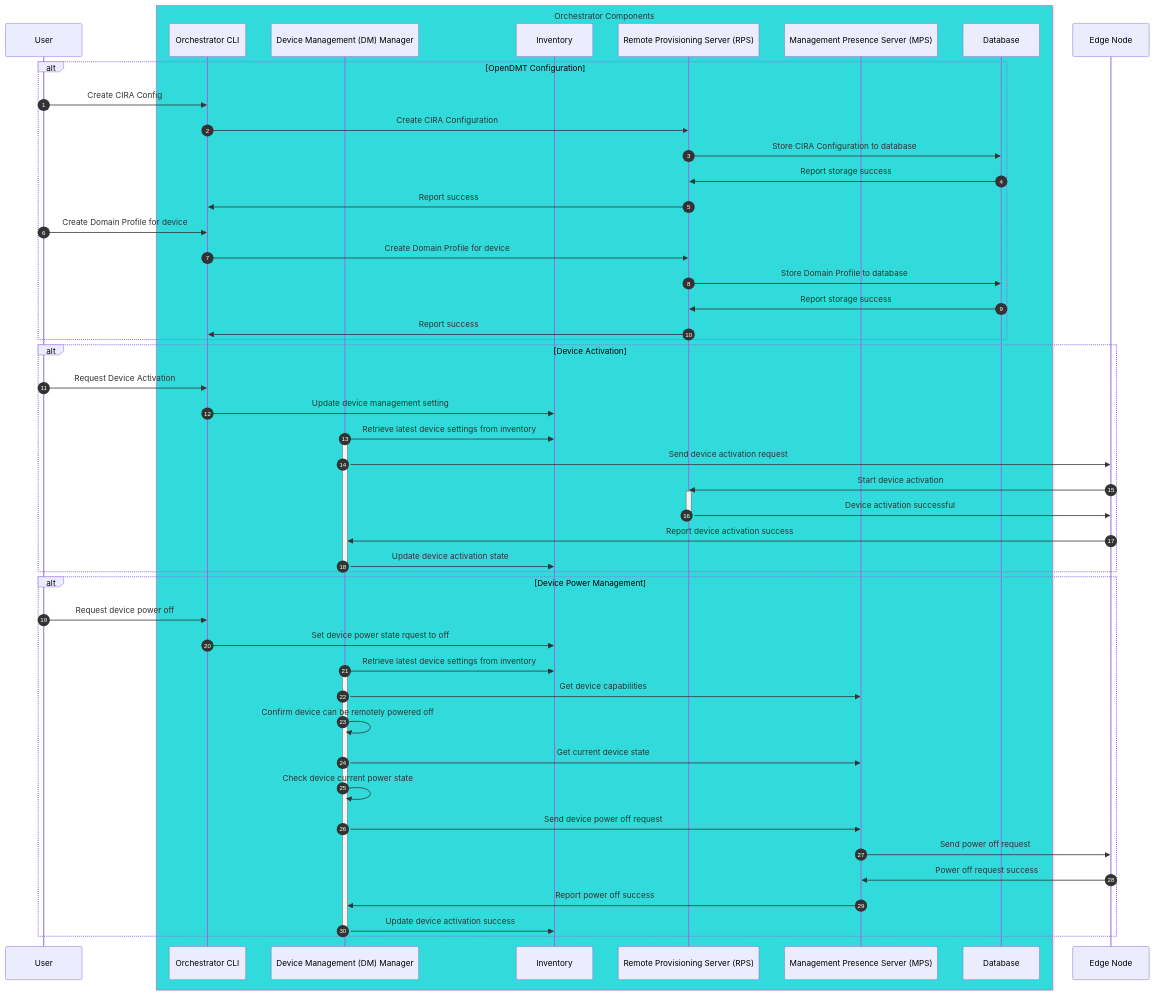
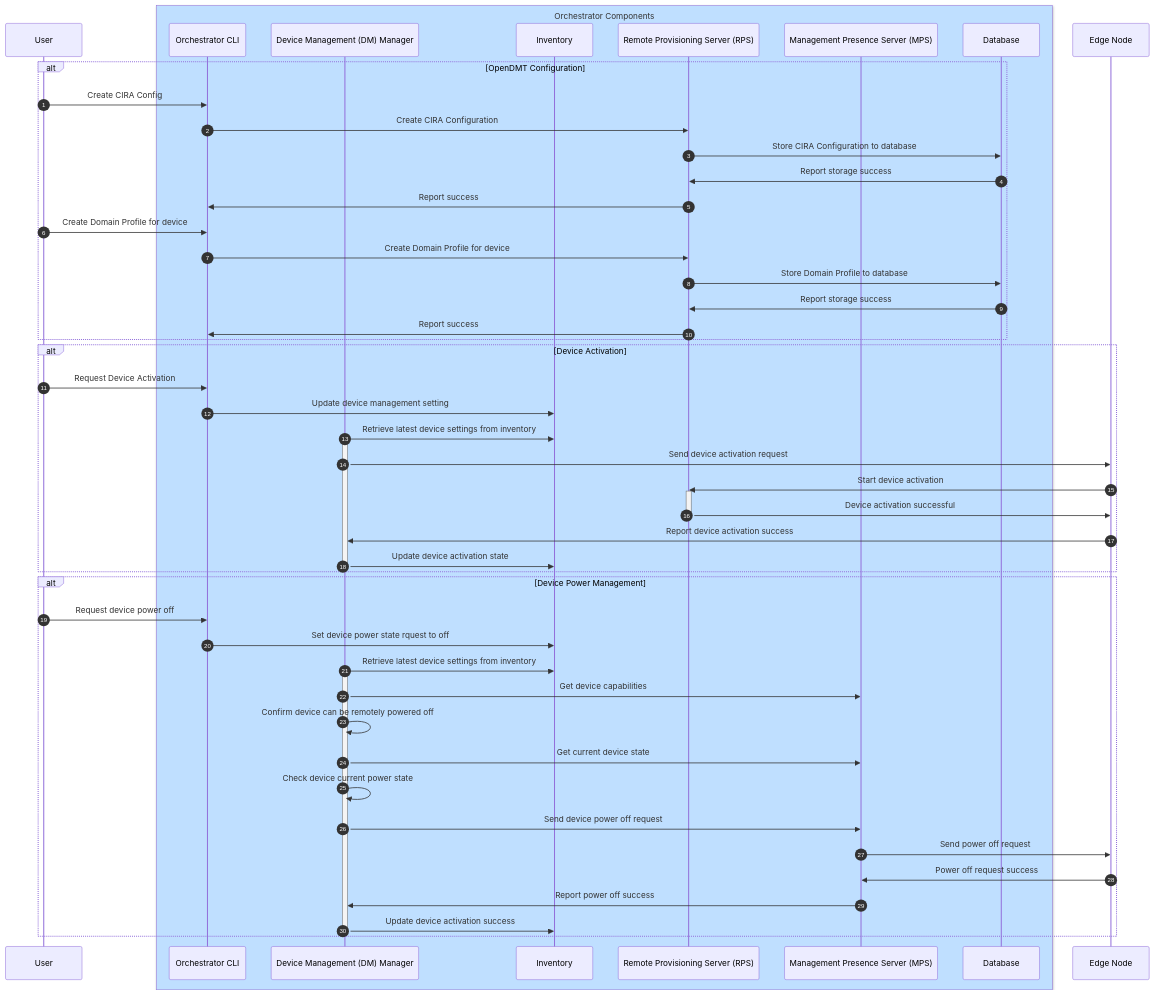
Before and after one commit to open-edge-platform/edge-manageability-framework: the first of 2 diagrams in design-proposals/vpro-eim-modular-decomposition.md, drawn with Mermaid. The commit also changed other lines of this file, not shown here.

Commit message:
Update workflow colour scheme

````diff
--- a/design-proposals/vpro-eim-modular-decomposition.md
+++ b/design-proposals/vpro-eim-modular-decomposition.md
@@ -80,56 +80,56 @@
 ```mermaid
 sequenceDiagram
   autonumber
   participant US as User
-  box rgba(50, 219, 219, 1) Orchestrator Components
+  box rgba(191, 223, 255, 1) Orchestrator Components
     participant CLI as Orchestrator CLI
     participant DM as Device Management (DM) Manager
     participant INV as Inventory
     participant RPS as Remote Provisioning Server (RPS)
     participant MPS as Management Presence Server (MPS)
     participant DB as Database
   end
   participant EN as Edge Node
   alt OpenDMT Configuration
     US ->> CLI: Create CIRA Config
     CLI ->> RPS: Create CIRA Configuration
     RPS ->> DB: Store CIRA Configuration to database
     DB ->> RPS: Report storage success
     RPS ->> CLI: Report success
     US ->> CLI: Create Domain Profile for device
     CLI ->> RPS: Create Domain Profile for device
     RPS ->> DB: Store Domain Profile to database
     DB ->> RPS: Report storage success
     RPS ->> CLI: Report success
   end
   alt Device Activation
     US ->> CLI: Request Device Activation
     CLI ->> INV: Update device management setting
     DM ->> INV: Retrieve latest device settings from inventory
     activate DM
     DM ->> EN: Send device activation request
     EN ->> RPS: Start device activation
     activate RPS
     RPS ->> EN: Device activation successful
     deactivate RPS
     EN ->> DM: Report device activation success
     DM ->> INV: Update device activation state
     deactivate DM
   end
   alt Device Power Management
     US ->> CLI: Request device power off
     CLI ->> INV: Set device power state rquest to off
     DM ->> INV: Retrieve latest device settings from inventory
     activate DM
     DM ->> MPS: Get device capabilities
     DM ->> DM: Confirm device can be remotely powered off
     DM ->> MPS: Get current device state
     DM ->> DM: Check device current power state
     DM ->> MPS: Send device power off request
     MPS ->> EN: Send power off request
     EN ->> MPS: Power off request success
     MPS ->> DM: Report power off success
     DM ->> INV: Update device activation success
     deactivate DM
   end
 ```
````
